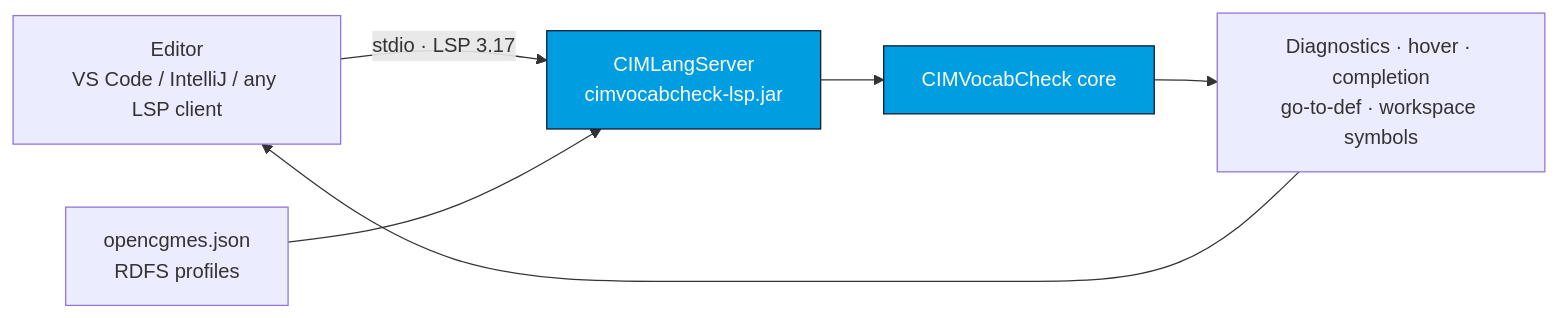
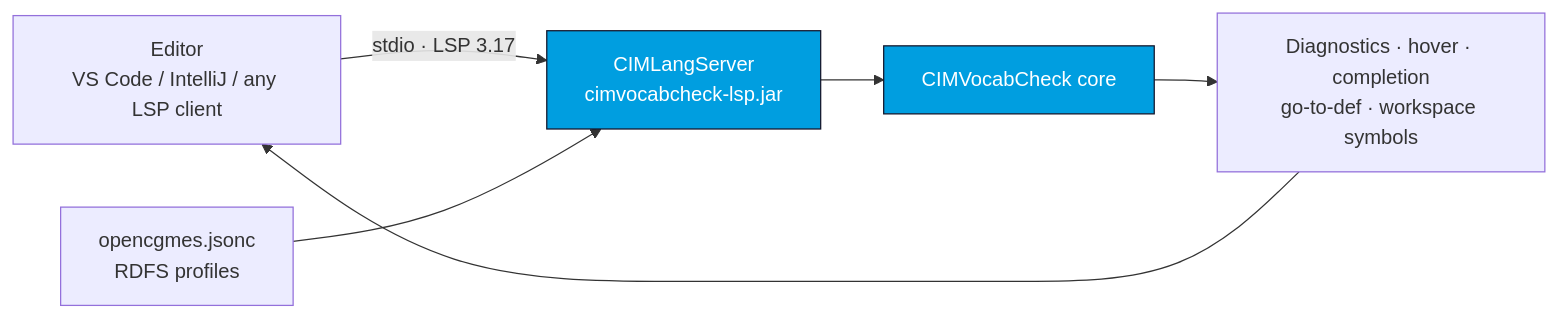
The diagram in docs/content/cimvocabcheck/language-server.md (SOPTIM/OpenCGMES), drawn with Mermaid before and after one commit. The commit also changed other lines of this file and 41 other files, not shown here.

First line of the commit message:
fix(cimvocabcheck): rename config file to opencgmes.jsonc

````diff
--- a/docs/content/cimvocabcheck/language-server.md
+++ b/docs/content/cimvocabcheck/language-server.md
@@ -16,11 +16,11 @@
 ```mermaid
 graph LR
     ED["Editor<br/>VS Code / IntelliJ / any LSP client"] -->|stdio · LSP 3.17| LSP["CIMLangServer<br/>cimvocabcheck-lsp.jar"]
     LSP --> CORE["CIMVocabCheck core"]
-    SCHEMA["opencgmes.json<br/>RDFS profiles"] --> LSP
+    SCHEMA["opencgmes.jsonc<br/>RDFS profiles"] --> LSP
     CORE --> DIAG["Diagnostics · hover · completion<br/>go-to-def · workspace symbols"]
     DIAG --> ED
 
     classDef lib fill:#009EE0,stroke:#14162B,color:#fff;
     class LSP,CORE lib;
 ```
````
